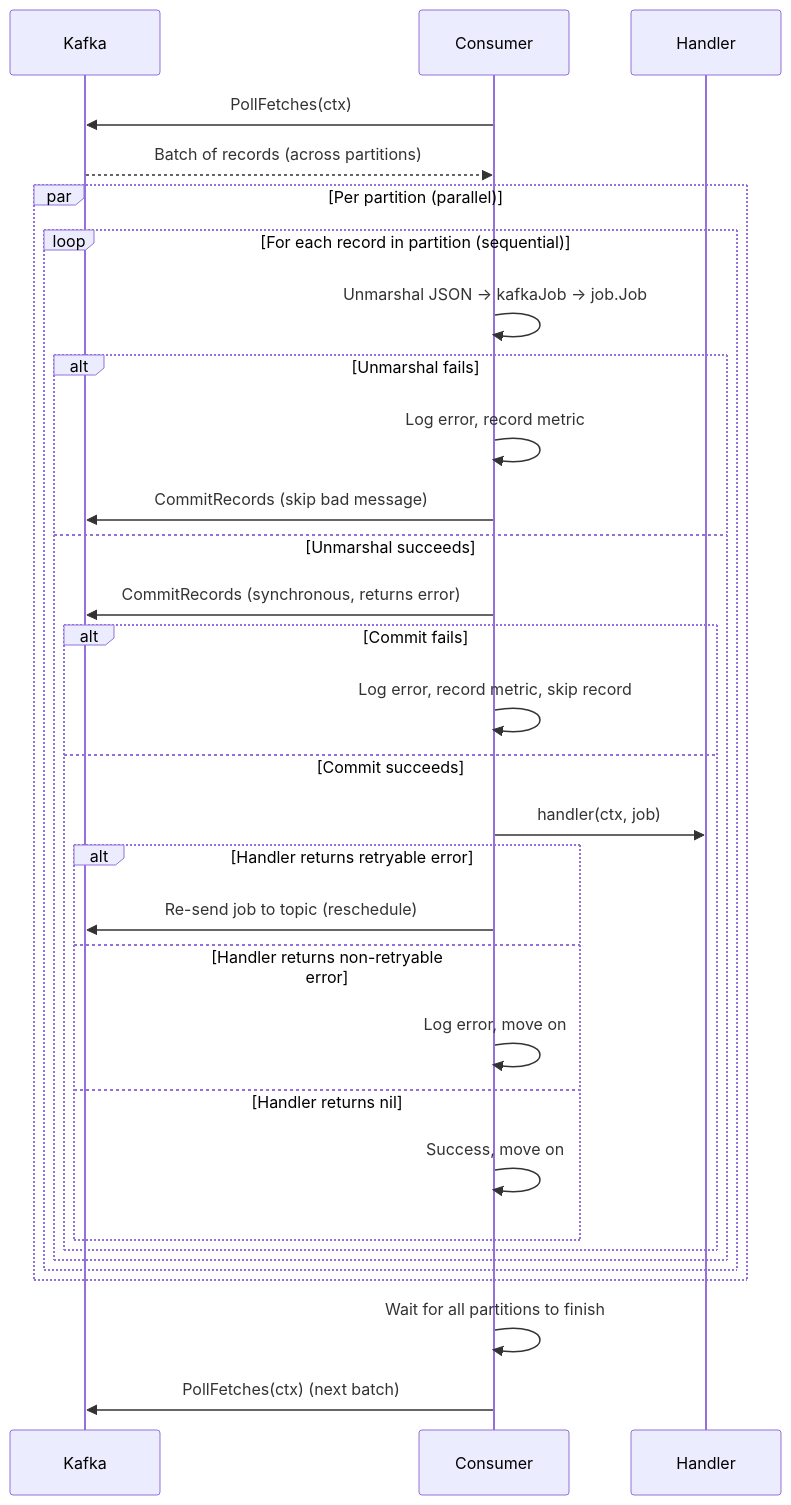
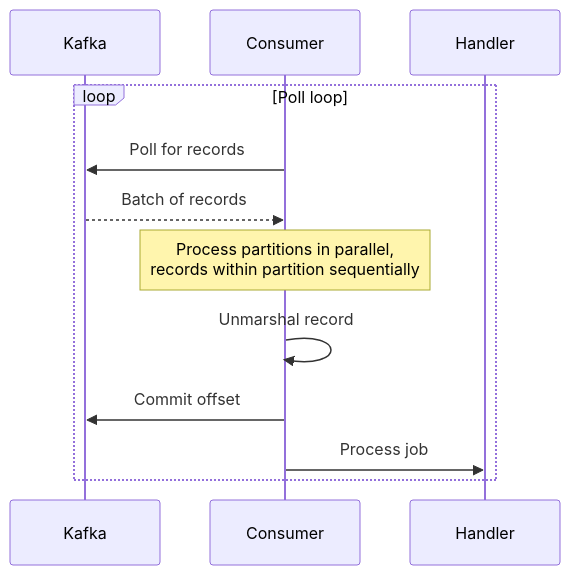
One commit to matmazurk/oidc-keepie changed the second of 11 diagrams in kafka/README.md. Above: the diagram before and after it, drawn with Mermaid. The commit also changed other lines of this file, not shown here.

Commit message:
improve kafka readme

````diff
--- a/kafka/README.md
+++ b/kafka/README.md
@@ -41,36 +41,17 @@
 ```mermaid
 sequenceDiagram
     participant Kafka
     participant Consumer
     participant Handler
 
-    Consumer->>Kafka: PollFetches(ctx)
-    Kafka-->>Consumer: Batch of records (across partitions)
+    loop Poll loop
+        Consumer->>Kafka: Poll for records
+        Kafka-->>Consumer: Batch of records
 
-    par Per partition (parallel)
-        loop For each record in partition (sequential)
-            Consumer->>Consumer: Unmarshal JSON → kafkaJob → job.Job
-            alt Unmarshal fails
-                Consumer->>Consumer: Log error, record metric
-                Consumer->>Kafka: CommitRecords (skip bad message)
-            else Unmarshal succeeds
-                Consumer->>Kafka: CommitRecords (synchronous, returns error)
-                alt Commit fails
-                    Consumer->>Consumer: Log error, record metric, skip record
-                else Commit succeeds
-                    Consumer->>Handler: handler(ctx, job)
-                    alt Handler returns retryable error
-                        Consumer->>Kafka: Re-send job to topic (reschedule)
-                    else Handler returns non-retryable error
-                        Consumer->>Consumer: Log error, move on
-                    else Handler returns nil
-                        Consumer->>Consumer: Success, move on
-                    end
-                end
-            end
-        end
+        Note over Consumer: Process partitions in parallel,<br/>records within partition sequentially
+
+        Consumer->>Consumer: Unmarshal record
+        Consumer->>Kafka: Commit offset
+        Consumer->>Handler: Process job
     end
-
-    Consumer->>Consumer: Wait for all partitions to finish
-    Consumer->>Kafka: PollFetches(ctx) (next batch)
 ```
````
